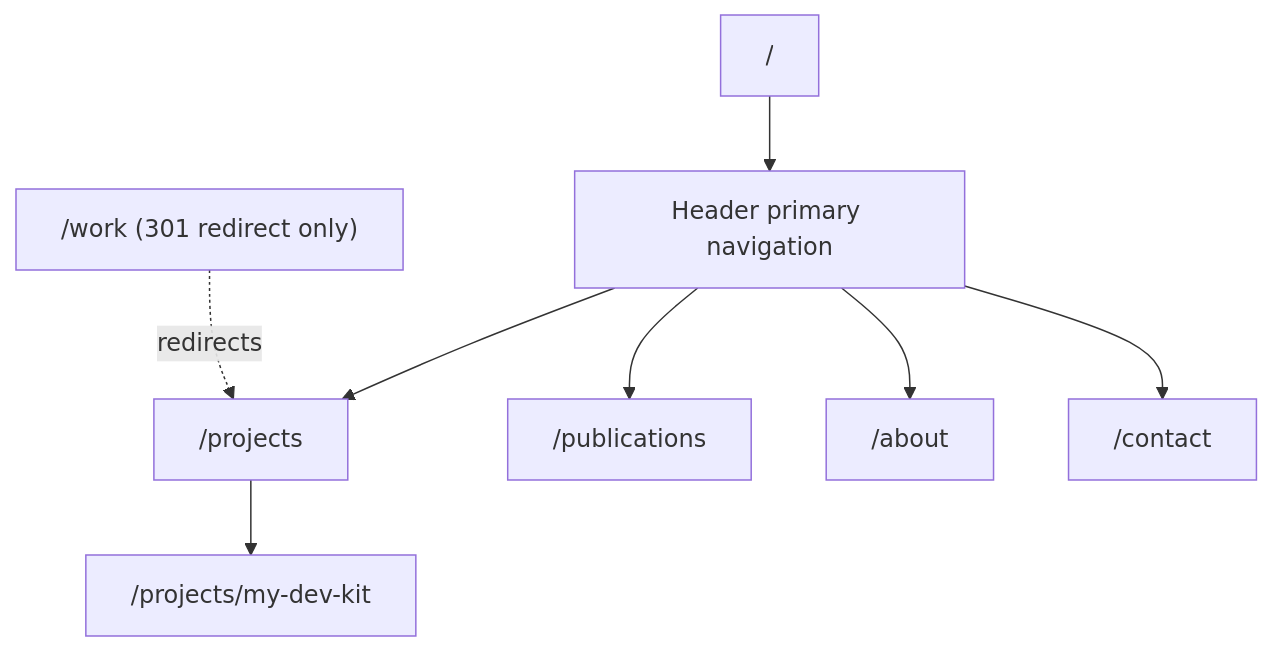
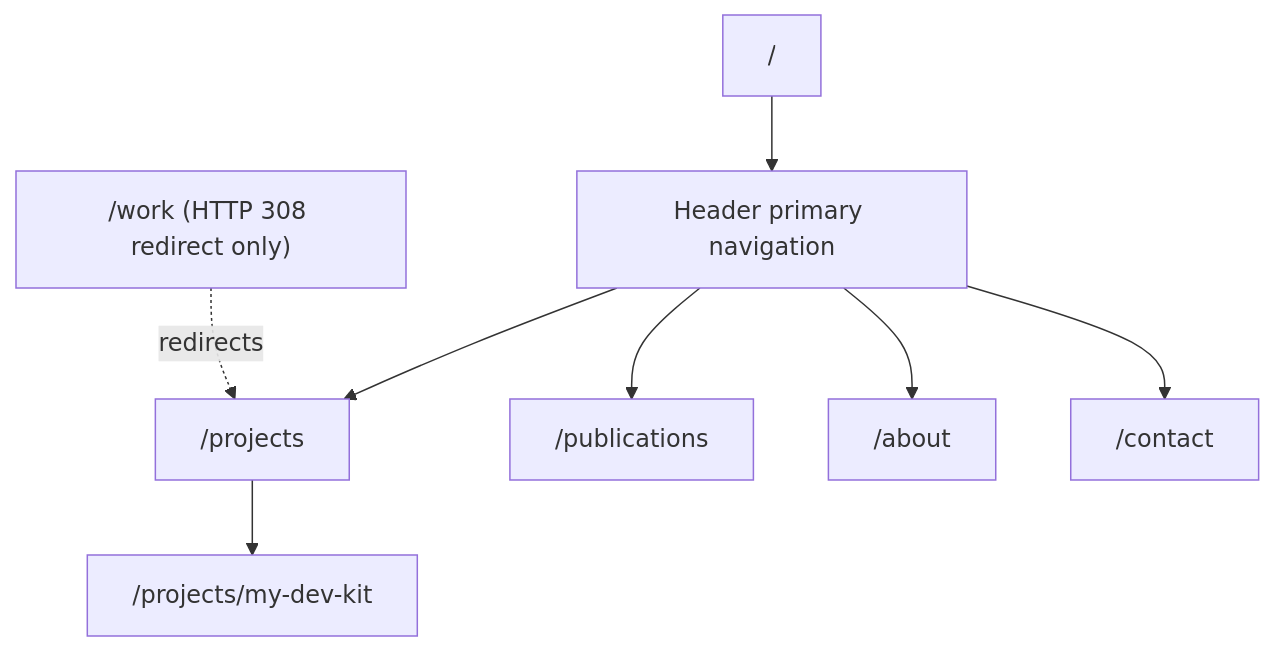
One commit to dailephd/my-website-2026 changed the third of 8 diagrams in docs/DIAGRAMS.md. Above: the diagram before and after it, drawn with Mermaid. The commit also changed 42 other files, not shown here.

````diff
--- a/docs/DIAGRAMS.md
+++ b/docs/DIAGRAMS.md
@@ -59,19 +59,19 @@
 ```mermaid
 flowchart TD
   Home["/"]
   Nav["Header primary navigation"]
   Projects["/projects"]
   Publications["/publications"]
   About["/about"]
   Contact["/contact"]
   Detail["/projects/my-dev-kit"]
-  Work["/work (301 redirect only)"]
+  Work["/work (HTTP 308 redirect only)"]
 
   Home --> Nav
   Nav --> Projects
   Nav --> Publications
   Nav --> About
   Nav --> Contact
   Projects --> Detail
   Work -. redirects .-> Projects
 ```
````
